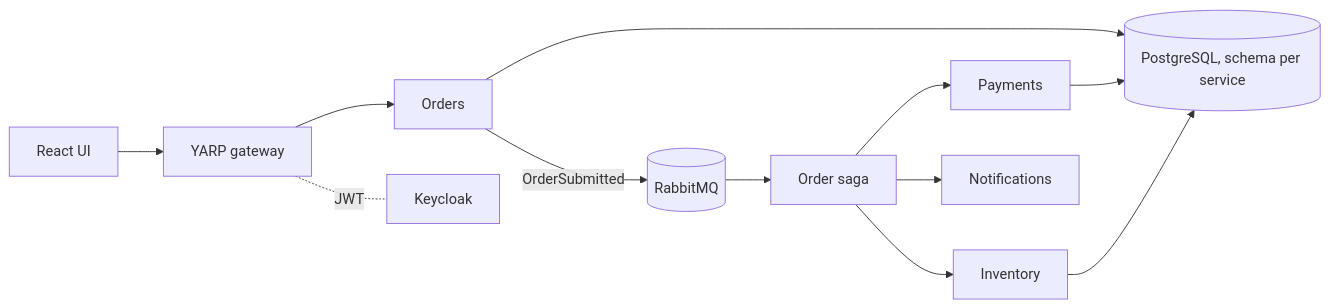
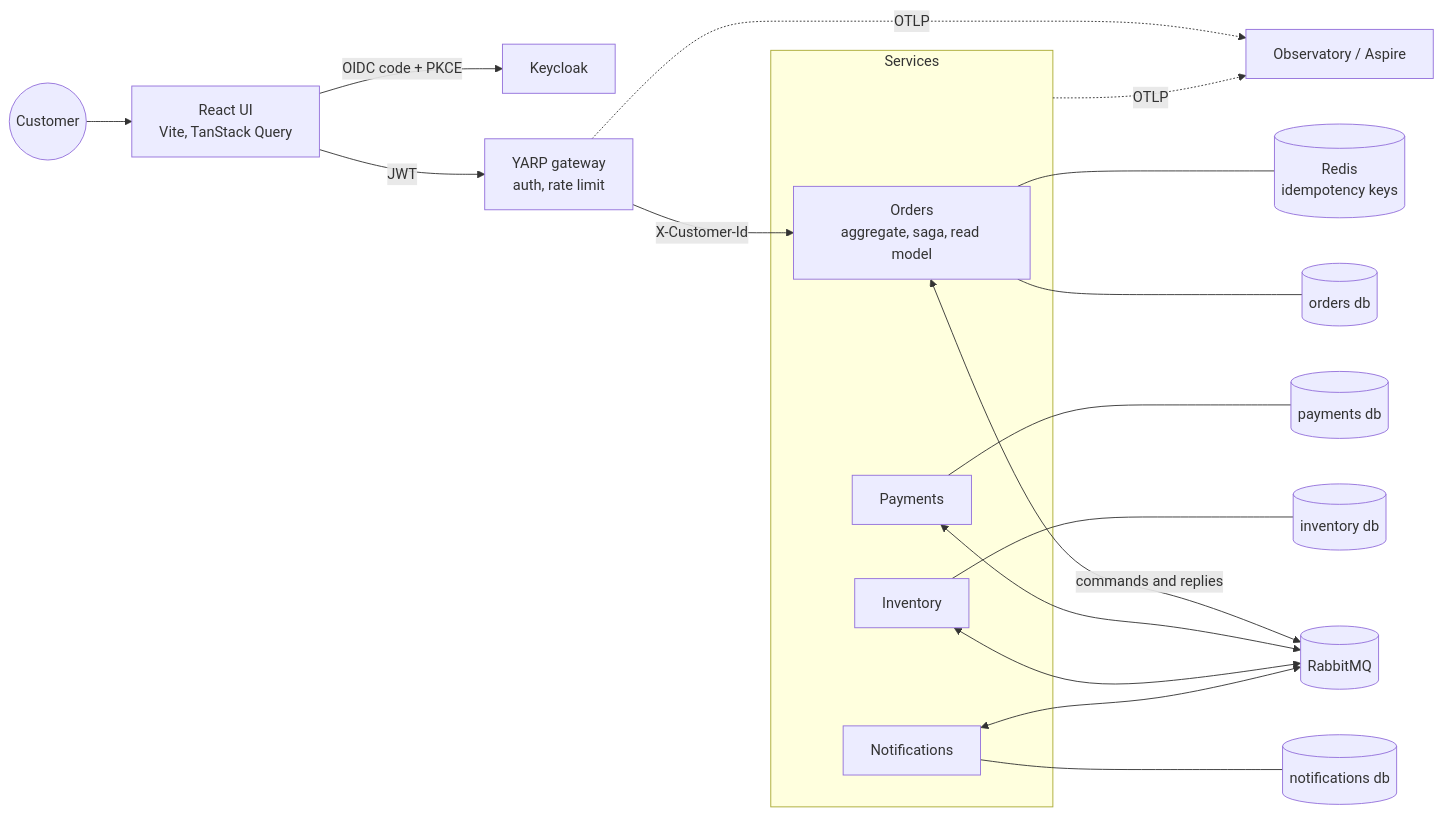
One commit to sskobalskyi/orderflow changed the first of 2 diagrams in README.md. Above: the diagram before and after it, drawn with Mermaid. The commit also changed other lines of this file and 15 other files, not shown here.

Commit message:
Polish: README with diagrams, localized saga reasons, Dependabot, CodeQL, E2E in CI

````diff
--- a/README.md
+++ b/README.md
@@ -9,12 +24,28 @@
 ```mermaid
 flowchart LR
-    UI[React UI] --> GW[YARP gateway]
-    GW --> Orders
-    Orders -- OrderSubmitted --> MQ[(RabbitMQ)]
-    MQ --> Saga[Order saga]
-    Saga --> Payments
-    Saga --> Inventory
-    Saga --> Notifications
-    Orders & Payments & Inventory --> PG[(PostgreSQL, schema per service)]
-    GW -. JWT .- KC[Keycloak]
+    User((Customer)) --> Web[React UI<br/>Vite, TanStack Query]
+    Web -->|OIDC code + PKCE| KC[Keycloak]
+    Web -->|JWT| GW[YARP gateway<br/>auth, rate limit]
+    GW -->|X-Customer-Id| Orders
+
+    subgraph Services
+        Orders[Orders<br/>aggregate, saga, read model]
+        Payments
+        Inventory
+        Notifications
+    end
+
+    Orders <-->|commands and replies| MQ[(RabbitMQ)]
+    Payments <--> MQ
+    Inventory <--> MQ
+    Notifications <--> MQ
+
+    Orders --- DB1[(orders db)]
+    Payments --- DB2[(payments db)]
+    Inventory --- DB3[(inventory db)]
+    Notifications --- DB4[(notifications db)]
+    Orders --- Redis[(Redis<br/>idempotency keys)]
+
+    Services -. OTLP .-> OBS[Observatory / Aspire]
+    GW -. OTLP .-> OBS
 ```
````
